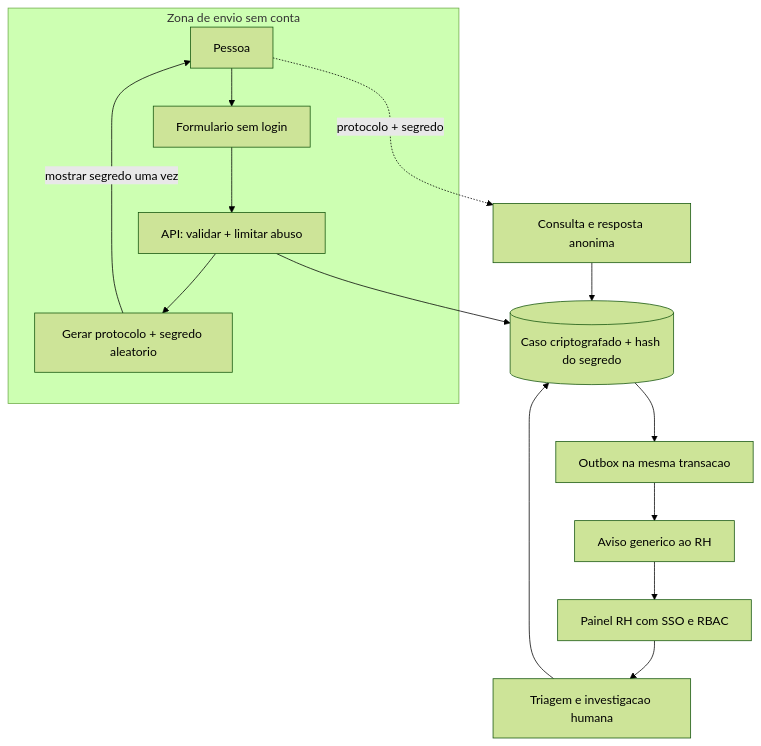
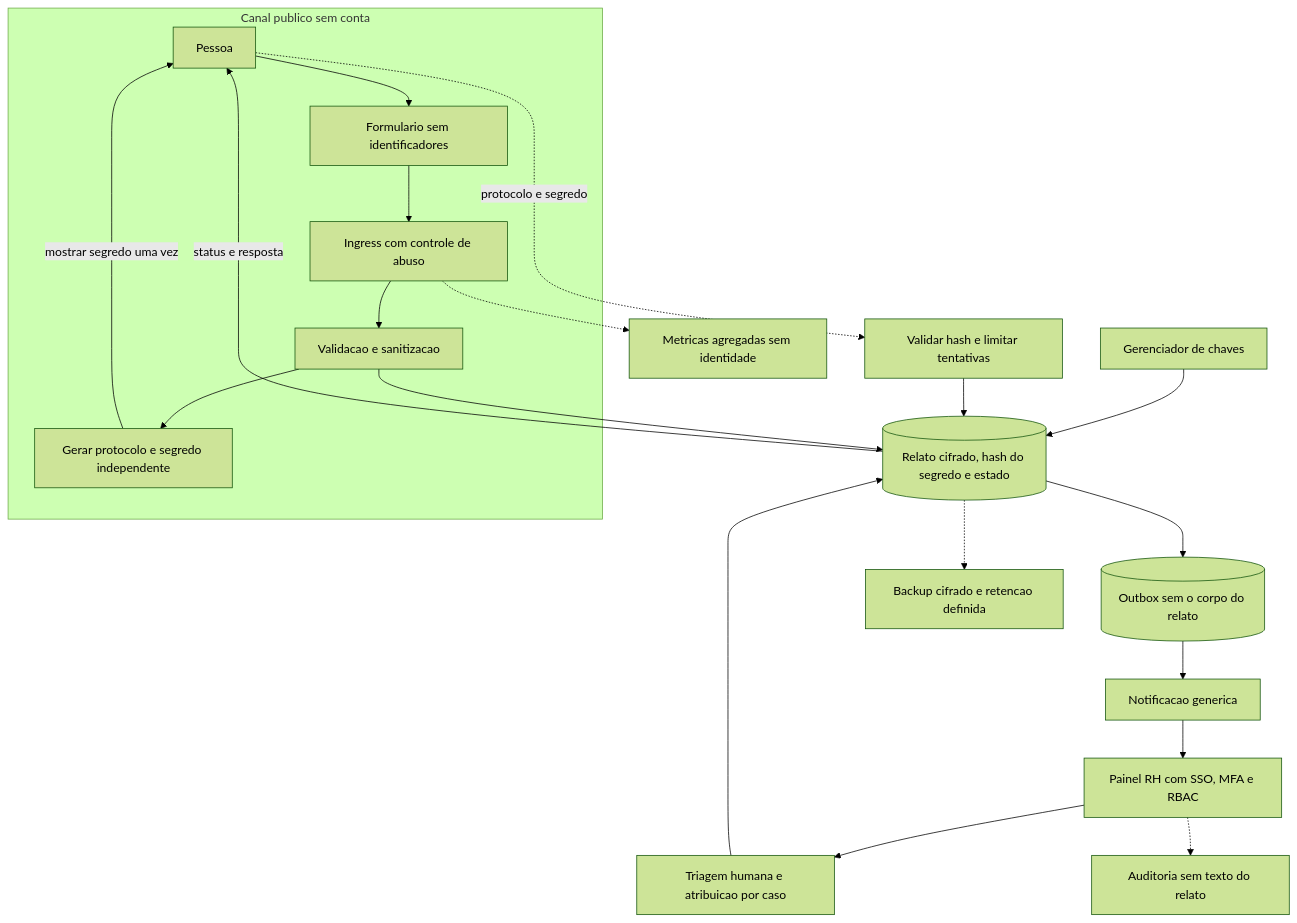
The third of 3 diagrams in README.md (GabrielAraujoGit/Questions), drawn with Mermaid (forest theme) before and after one commit. The commit also changed other lines of this file, not shown here.

Commit message:
Aprofundar respostas e diagramas tecnicos

````diff
--- a/README.md
+++ b/README.md
@@ -152,17 +187,23 @@
 ```mermaid
 flowchart TD
-    subgraph ANON[Zona de envio sem conta]
-        A[Pessoa] --> B[Formulario sem login]
-        B --> C[API: validar + limitar abuso]
-        C --> D[Gerar protocolo + segredo aleatorio]
+    subgraph PUBLICA[Canal publico sem conta]
+        A[Pessoa] --> F[Formulario sem identificadores]
+        F --> I[Ingress com controle de abuso]
+        I --> S[Validacao e sanitizacao]
+        S --> G[Gerar protocolo e segredo independente]
     end
-    D -->|mostrar segredo uma vez| A
-    C --> E[(Caso criptografado + hash do segredo)]
-    E --> F[Outbox na mesma transacao]
-    F --> G[Aviso generico ao RH]
-    G --> H[Painel RH com SSO e RBAC]
-    H --> I[Triagem e investigacao humana]
-    I --> E
-    A -.->|protocolo + segredo| J[Consulta e resposta anonima]
-    J --> E
+    G -->|mostrar segredo uma vez| A
+    S --> DB[(Relato cifrado, hash do segredo e estado)]
+    KMS[Gerenciador de chaves] --> DB
+    DB --> OB[(Outbox sem o corpo do relato)]
+    OB --> N[Notificacao generica]
+    N --> HR[Painel RH com SSO, MFA e RBAC]
+    HR --> TRI[Triagem humana e atribuicao por caso]
+    TRI --> DB
+    A -.->|protocolo e segredo| AUTH[Validar hash e limitar tentativas]
+    AUTH --> DB
+    DB -->|status e resposta| A
+    HR -.-> AUD[Auditoria sem texto do relato]
+    I -.-> MET[Metricas agregadas sem identidade]
+    DB -.-> BK[Backup cifrado e retencao definida]
 ```
````
